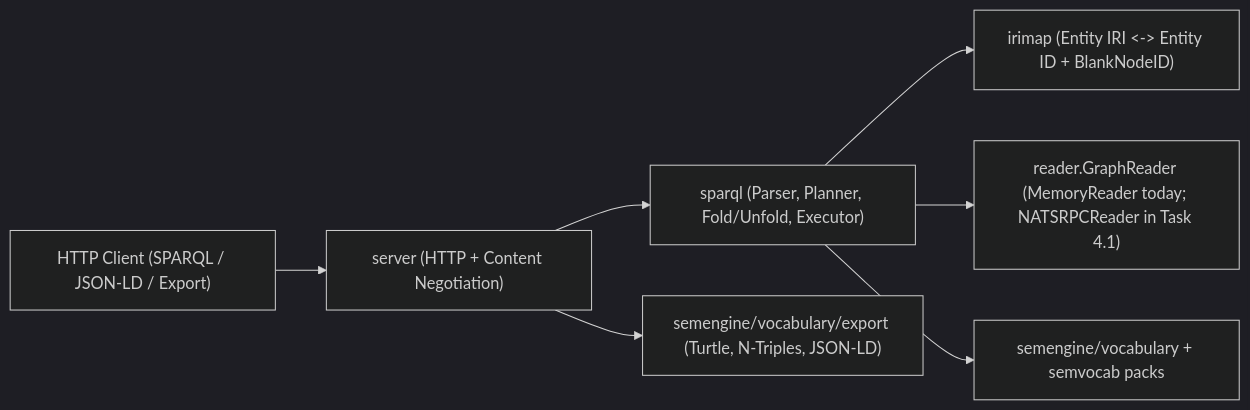
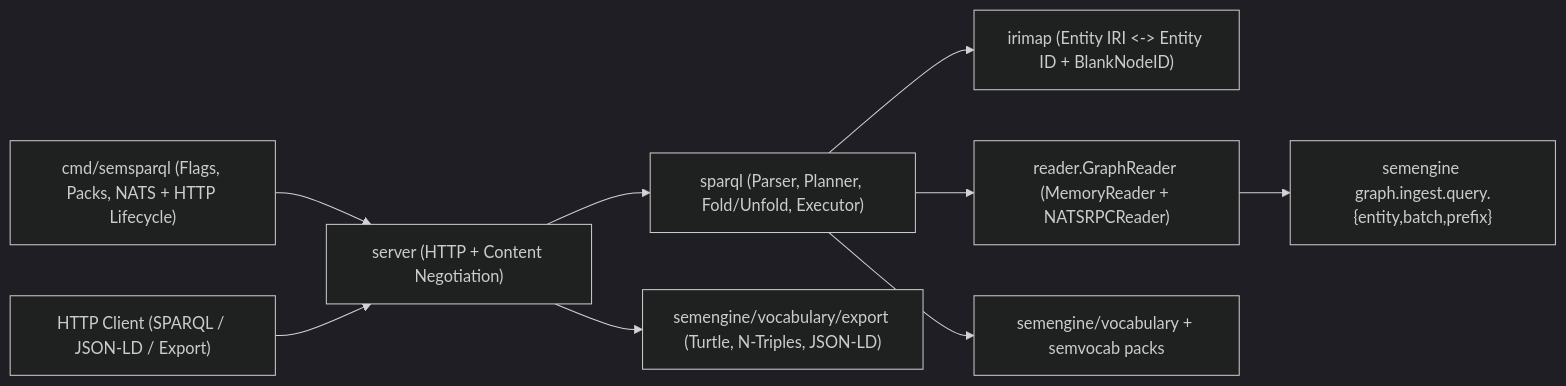
Before and after one commit to C360Studio/semsparql: the diagram in docs/architecture.md, drawn with Mermaid (dark theme). The commit also changed other lines of this file and 17 other files, not shown here.

Commit message:
feat(reader,cmd): implement NATSRPCReader and cmd/semsparql (Task 4.1)

````diff
--- a/docs/architecture.md
+++ b/docs/architecture.md
@@ -19,9 +19,11 @@
 ```mermaid
 flowchart LR
-    Client["HTTP Client (SPARQL / JSON-LD / Export)"] --> Server["server (HTTP + Content Negotiation)"]
+    CLI["cmd/semsparql (Flags, Packs, NATS + HTTP Lifecycle)"] --> Server["server (HTTP + Content Negotiation)"]
+    Client["HTTP Client (SPARQL / JSON-LD / Export)"] --> Server
     Server --> Executor["sparql (Parser, Planner, Fold/Unfold, Executor)"]
     Executor --> Mapper["irimap (Entity IRI <-> Entity ID + BlankNodeID)"]
-    Executor --> Reader["reader.GraphReader (MemoryReader today; NATSRPCReader in Task 4.1)"]
+    Executor --> Reader["reader.GraphReader (MemoryReader + NATSRPCReader)"]
+    Reader --> Ingest["semengine graph.ingest.query.{entity,batch,prefix}"]
     Executor --> Vocab["semengine/vocabulary + semvocab packs"]
     Server --> Export["semengine/vocabulary/export (Turtle, N-Triples, JSON-LD)"]
 ```
````
